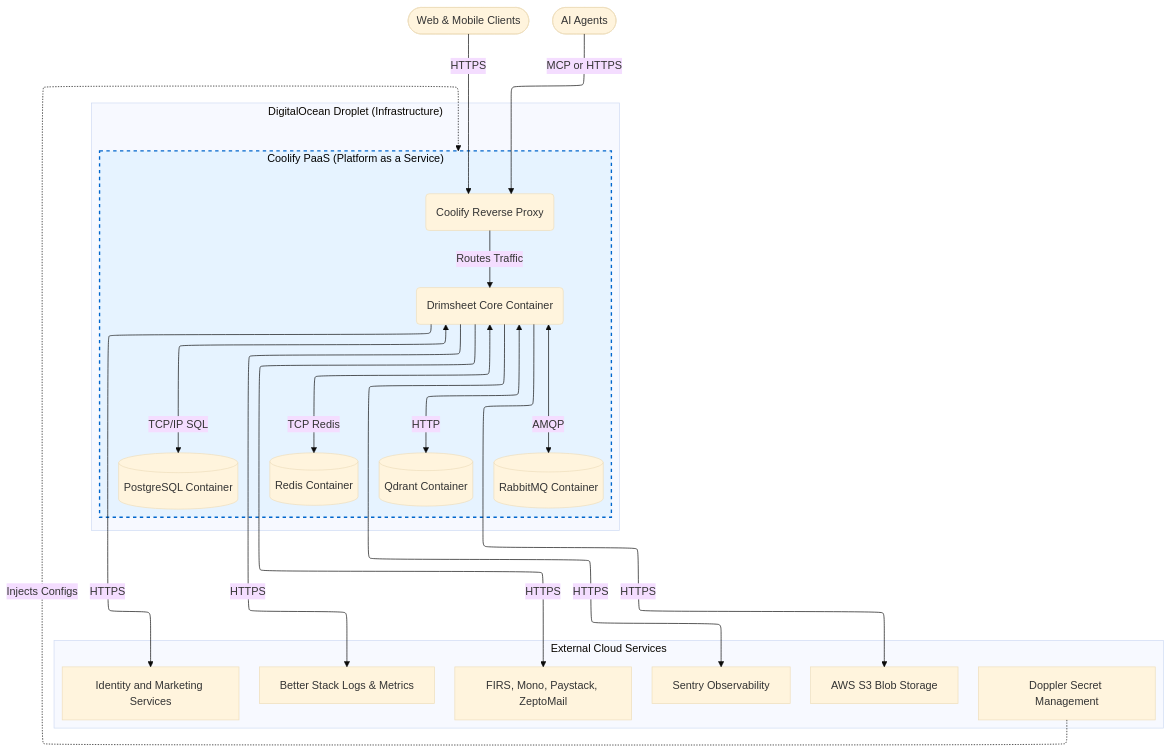
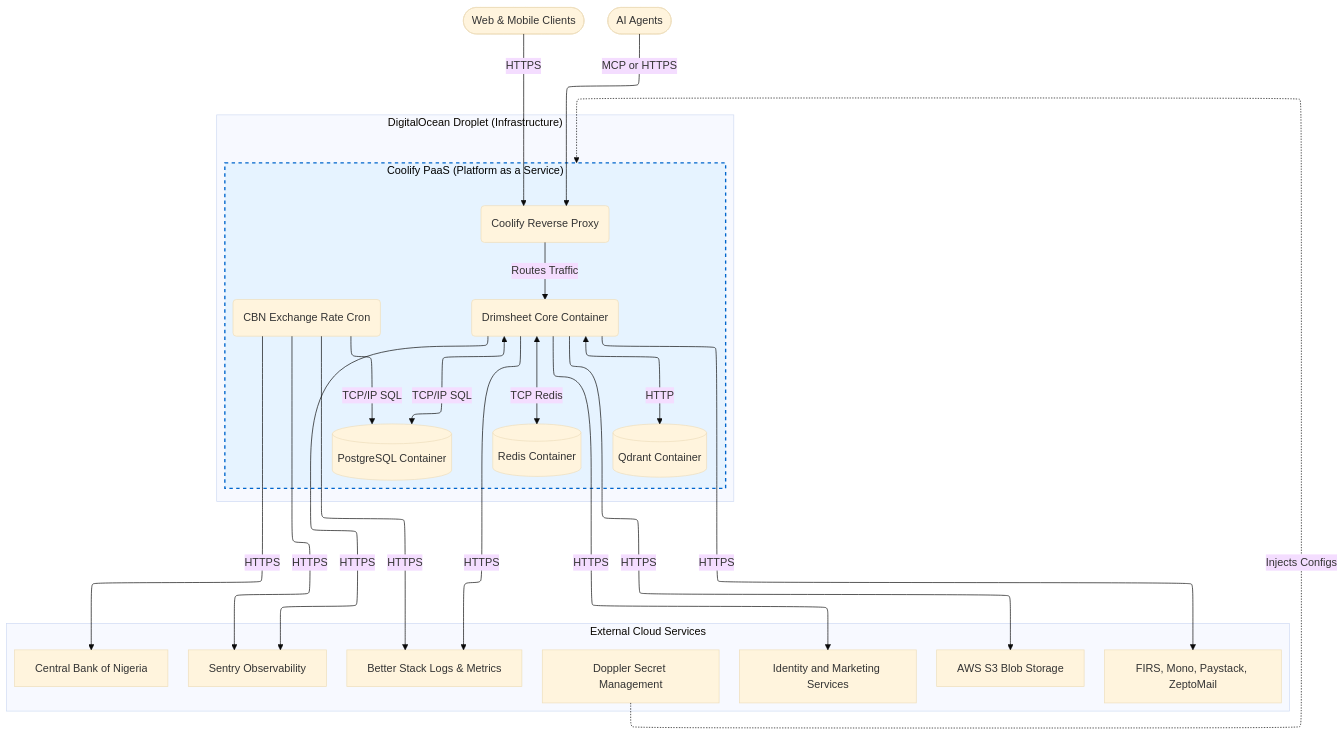
The diagram in docs/assets/07.1-deployment-infrastructure.mermaid (oosahon/drimsheet-core), drawn with Mermaid (base theme) before and after one commit. The commit also changed 58 other files, not shown here.

Commit message:
feat(ENG-89): ingest exchange rates from cbn (#83)

```diff
--- a/docs/assets/07.1-deployment-infrastructure.mermaid
+++ b/docs/assets/07.1-deployment-infrastructure.mermaid
@@ -1,38 +1,41 @@
 ---
 config:
   layout: elk
 ---
 flowchart TB
  subgraph Col["Coolify PaaS (Platform as a Service)"]
         API("Drimsheet Core Container")
+        CbnCron("CBN Exchange Rate Cron")
         Proxy("Coolify Reverse Proxy")
         DB[("PostgreSQL Container")]
         Cache[("Redis Container")]
-        Rabbit[("RabbitMQ Container")]
         VectorDB[("Qdrant Container")]
   end
  subgraph DO["DigitalOcean Droplet (Infrastructure)"]
         Col
   end
  subgraph External["External Cloud Services"]
         Doppler["Doppler Secret Management"]
         S3["AWS S3 Blob Storage"]
         Sentry["Sentry Observability"]
         BetterStack["Better Stack Logs & Metrics"]
         Auth["Identity and Marketing Services"]
         CoreExt["FIRS, Mono, Paystack, ZeptoMail"]
+        CBN["Central Bank of Nigeria"]
   end
     Client(["Web & Mobile Clients"]) -- HTTPS --> Proxy
     Agent(["AI Agents"]) -- MCP or HTTPS --> Proxy
     Proxy -- Routes Traffic --> API
     API <-- TCP/IP SQL --> DB
     API <-- TCP Redis --> Cache
-    API <-- AMQP --> Rabbit
     API <-- HTTP --> VectorDB
+    CbnCron -- TCP/IP SQL --> DB
+    CbnCron -- HTTPS --> CBN
     Doppler -. Injects Configs .-> Col
     API -- HTTPS --> S3 & Sentry & BetterStack & Auth & CoreExt
+    CbnCron -- HTTPS --> Sentry & BetterStack
 
      Col:::Col_Style
     classDef DO_Style fill:#f9f9f9,stroke:#333,stroke-width:2px,color:#000
     classDef Col_Style fill:#e6f3ff,stroke:#0066cc,stroke-width:2px,stroke-dasharray: 5 5,color:#000
     classDef Ext_Style fill:#fff,stroke:#666,stroke-width:2px,stroke-dasharray: 5 5,color:#000
```
